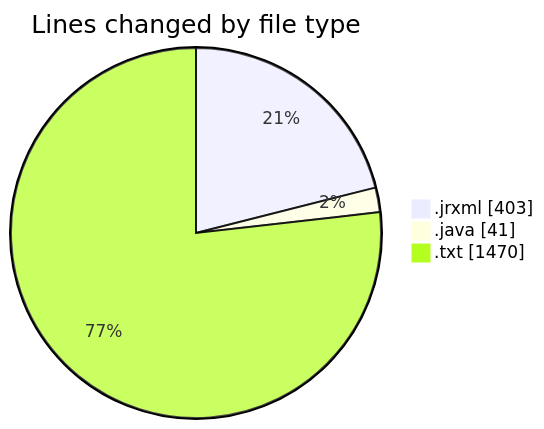
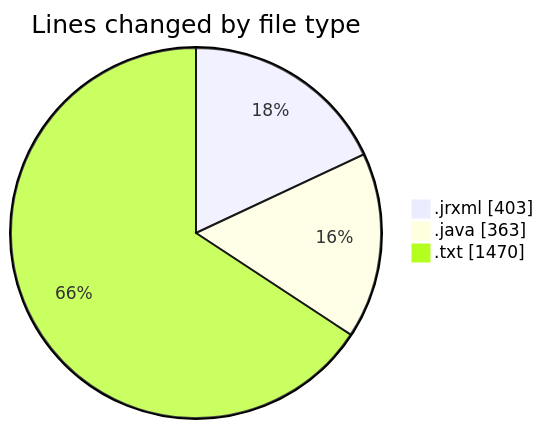
Before and after one commit to ricardozamudiocil/code-tracking: the first of 2 diagrams in 2026-09-17/cilreports__workspace_/README.md, drawn with Mermaid. The commit also changed other lines of this file and 1 other file, not shown here.

````diff
--- a/2026-09-17/cilreports__workspace_/README.md
+++ b/2026-09-17/cilreports__workspace_/README.md
@@ -23,7 +24,7 @@
 ```mermaid
 pie showData
 title Lines changed by file type
 ".jrxml" : 403
-".java" : 41
+".java" : 363
 ".txt" : 1470
 ```
````
